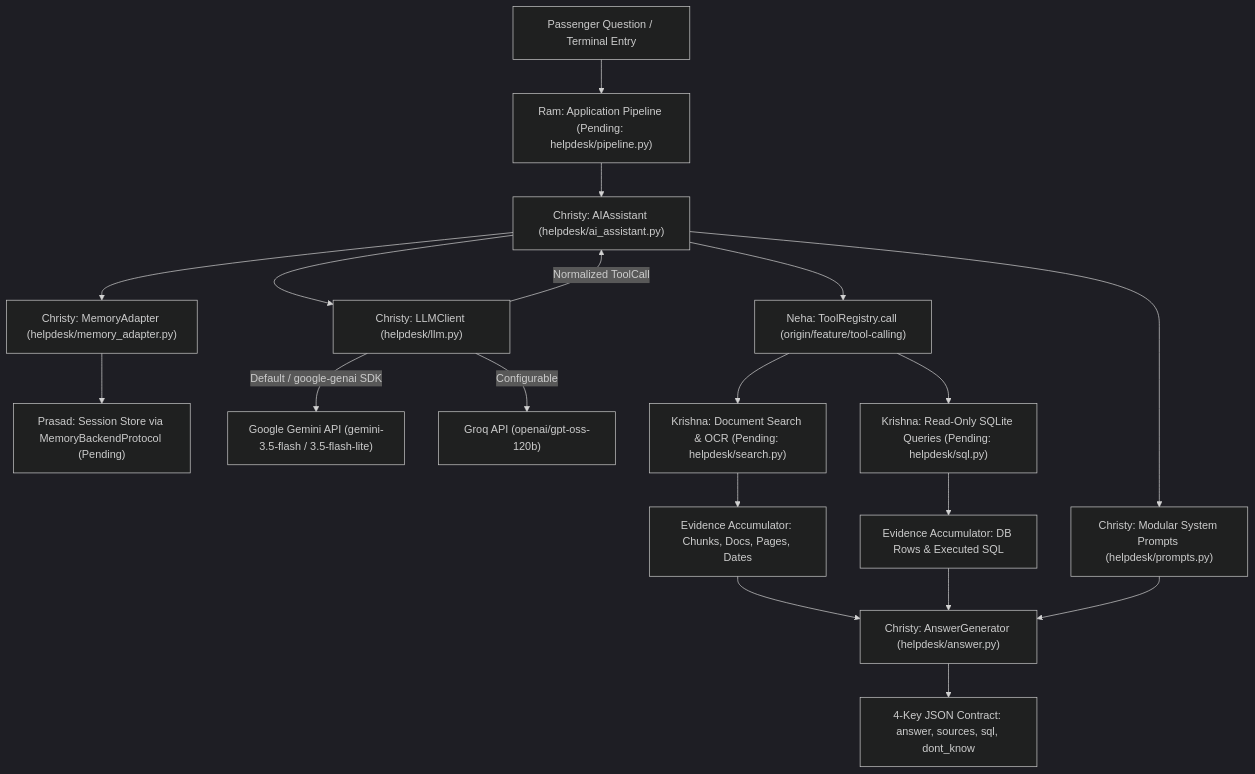
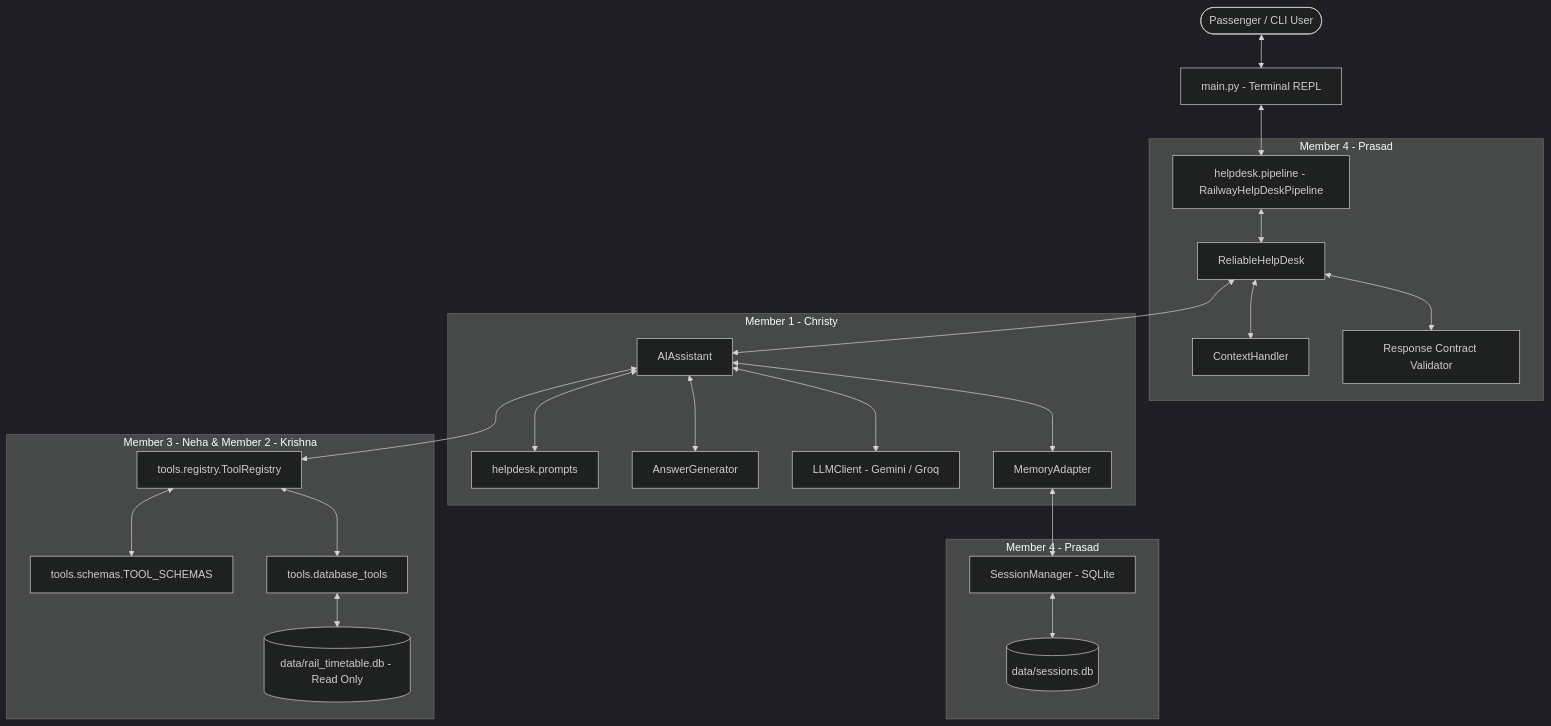
One commit to chxisty/genai-nexus-capstone-team-5 changed the diagram in README.md. Above: the diagram before and after it, drawn with Mermaid (dark theme). The commit also changed other lines of this file and 23 other files, not shown here.

Commit message:
feat(integration): complete final integration, terminal REPL, test suite, and documentation

````diff
--- a/README.md
+++ b/README.md
@@ -86,29 +42,31 @@
 ```mermaid
 flowchart TD
-    User["Passenger Question / Terminal Entry"] --> Pipeline["Ram: Application Pipeline (Pending: helpdesk/pipeline.py)"]
-    Pipeline --> Assistant["Christy: AIAssistant (helpdesk/ai_assistant.py)"]
+    User([Passenger / CLI User]) <--> Main[main.py - Terminal REPL]
+    Main <--> Pipeline[helpdesk.pipeline - RailwayHelpDeskPipeline]
 
-    Assistant --> Memory["Christy: MemoryAdapter (helpdesk/memory_adapter.py)"]
-    Memory --> Prasad["Prasad: Session Store via MemoryBackendProtocol (Pending)"]
+    subgraph Reliability & Context [Member 4 - Prasad]
+        Pipeline <--> Reliable[ReliableHelpDesk]
+        Reliable <--> Context[ContextHandler]
+        Reliable <--> Validator[Response Contract Validator]
+    end
 
-    Assistant --> Prompts["Christy: Modular System Prompts (helpdesk/prompts.py)"]
-    Assistant --> LLM["Christy: LLMClient (helpdesk/llm.py)"]
+    subgraph AI Assistant & LLM [Member 1 - Christy]
+        Reliable <--> Assistant[AIAssistant]
+        Assistant <--> Prompts[helpdesk.prompts]
+        Assistant <--> AnswerGen[AnswerGenerator]
+        Assistant <--> LLM[LLMClient - Gemini / Groq]
+        Assistant <--> Memory[MemoryAdapter]
+    end
 
-    LLM -->|Default / google-genai SDK| Gemini["Google Gemini API (gemini-3.5-flash / 3.5-flash-lite)"]
-    LLM -->|Configurable| Groq["Groq API (openai/gpt-oss-120b)"]
+    subgraph Session Storage [Member 4 - Prasad]
+        Memory <--> SessionMgr[SessionManager - SQLite]
+        SessionMgr <--> SessDB[(data/sessions.db)]
+    end
 
-    LLM -->|Normalized ToolCall| Assistant
-    Assistant --> Registry["Neha: ToolRegistry.call (origin/feature/tool-calling)"]
-
-    Registry --> Search["Krishna: Document Search & OCR (Pending: helpdesk/search.py)"]
-    Registry --> SQL["Krishna: Read-Only SQLite Queries (Pending: helpdesk/sql.py)"]
-
-    Search --> Evidence["Evidence Accumulator: Chunks, Docs, Pages, Dates"]
-    SQL --> Evidence2["Evidence Accumulator: DB Rows & Executed SQL"]
-
-    Evidence --> AnswerGen["Christy: AnswerGenerator (helpdesk/answer.py)"]
-    Evidence2 --> AnswerGen
-    Prompts --> AnswerGen
-
-    AnswerGen --> Output["4-Key JSON Contract: answer, sources, sql, dont_know"]
+    subgraph Tool Calling & Database [Member 3 - Neha & Member 2 - Krishna]
+        Assistant <--> Registry[tools.registry.ToolRegistry]
+        Registry <--> Schemas[tools.schemas.TOOL_SCHEMAS]
+        Registry <--> DBTools[tools.database_tools]
+        DBTools <--> RailDB[(data/rail_timetable.db - Read Only)]
+    end
 ```
````
